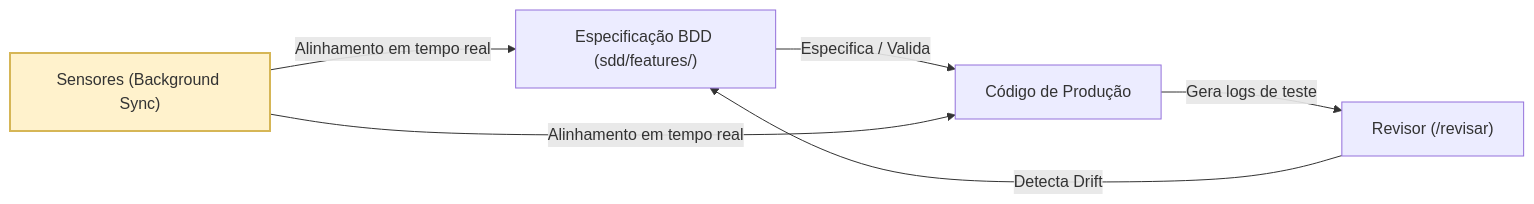
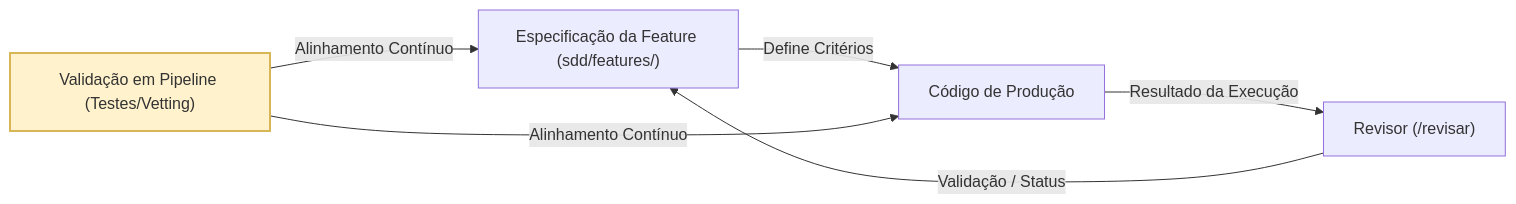
Before and after one commit to nathanramorim/forge-sdd: the fourth of 6 diagrams in docs/arquitetura-e-fluxo-forge-sdd.md, drawn with Mermaid. The commit also changed other lines of this file, not shown here.

Commit message:
docs: refactor architecture documentation to use native forge-sdd terminology and remove references to external frameworks

````diff
--- a/docs/arquitetura-e-fluxo-forge-sdd.md
+++ b/docs/arquitetura-e-fluxo-forge-sdd.md
@@ -180,10 +180,10 @@
 ```mermaid
 graph LR
-    Spec["Especificação BDD (sdd/features/)"] -->|"Especifica / Valida"| Code["Código de Produção"]
-    Code -->|"Gera logs de teste"| Review["Revisor (/revisar)"]
-    Review -->|"Detecta Drift"| Spec
-    Sensors["Sensores (Background Sync)"] -->|"Alinhamento em tempo real"| Spec
-    Sensors -->|"Alinhamento em tempo real"| Code
+    Spec["Especificação da Feature (sdd/features/)"] -->|"Define Critérios"| Code["Código de Produção"]
+    Code -->|"Resultado da Execução"| Review["Revisor (/revisar)"]
+    Review -->|"Validação / Status"| Spec
+    CI["Validação em Pipeline (Testes/Vetting)"] -->|"Alinhamento Contínuo"| Spec
+    CI -->|"Alinhamento Contínuo"| Code
     
-    style Sensors fill:#fff2cc,stroke:#d6b656,stroke-width:2px
+    style CI fill:#fff2cc,stroke:#d6b656,stroke-width:2px
 ```
````
